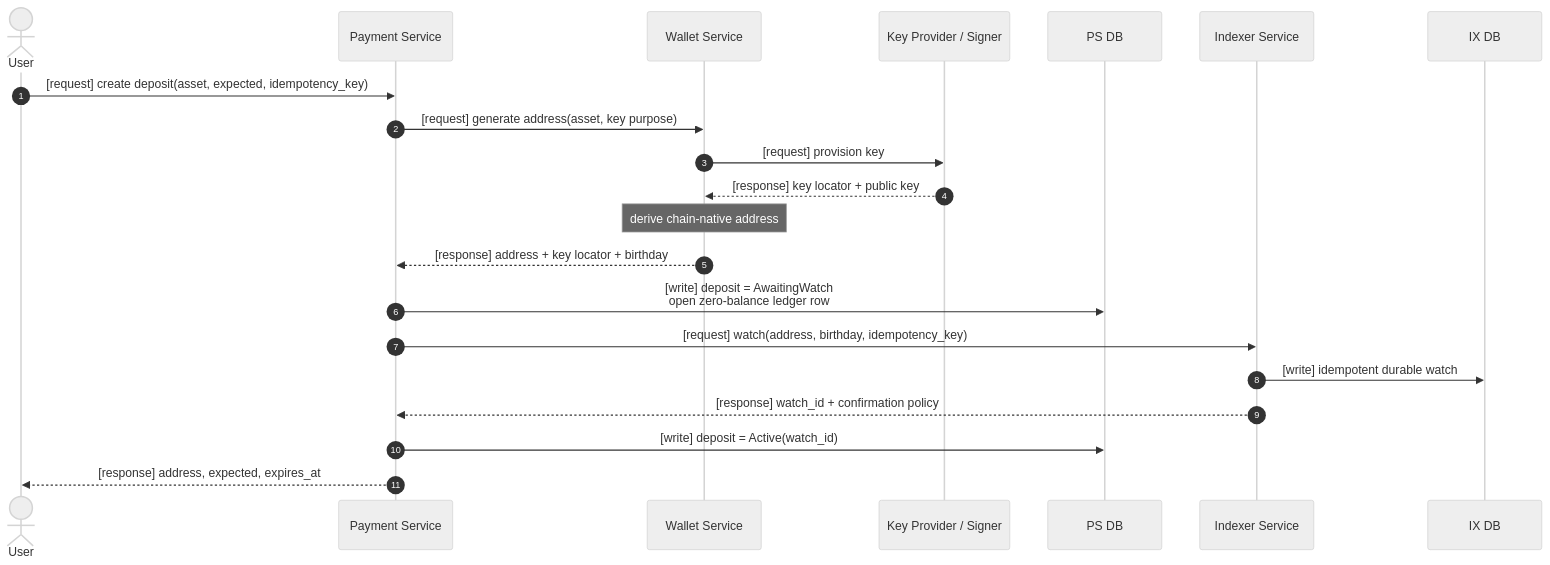
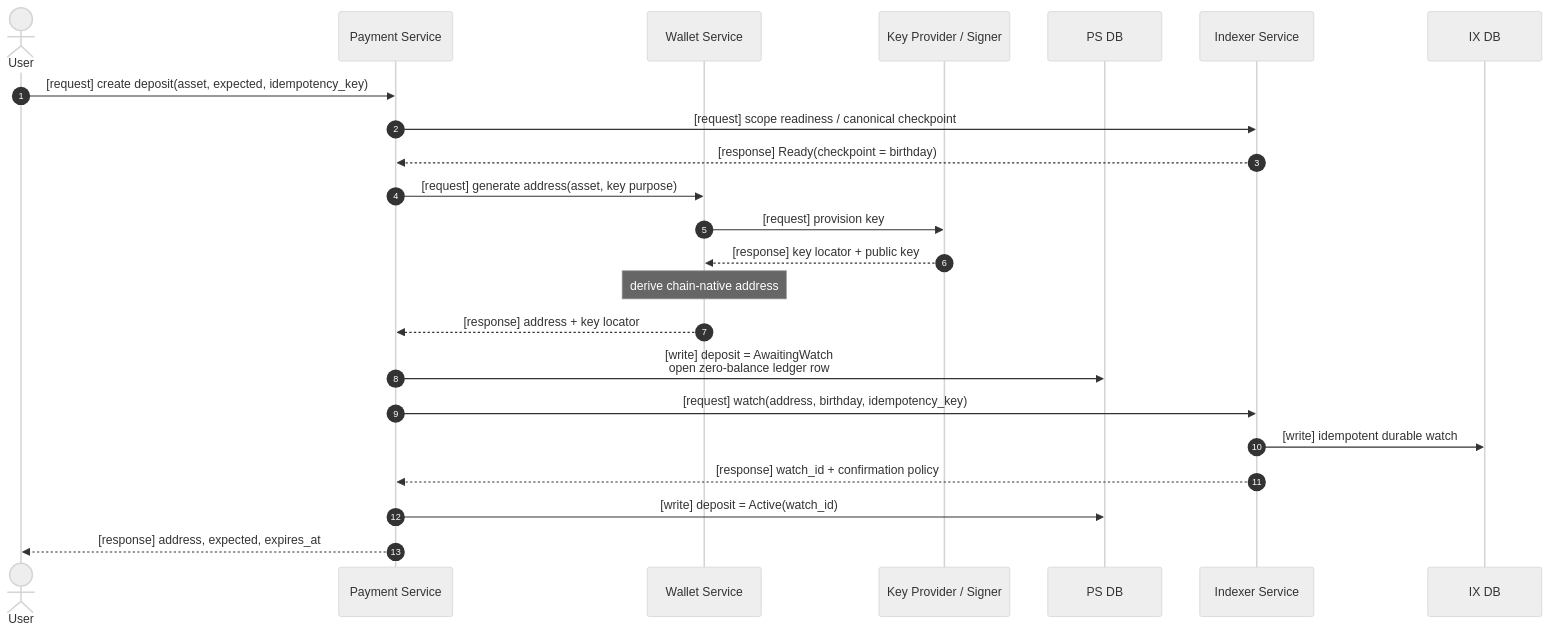
One commit to achiko/Payment-SDK changed the fourth of 17 diagrams in docs/SYSTEM_REQUIREMENTS.md. Above: the diagram before and after it, drawn with Mermaid (neutral theme). The commit also changed other lines of this file and 83 other files, not shown here.

````diff
--- a/docs/SYSTEM_REQUIREMENTS.md
+++ b/docs/SYSTEM_REQUIREMENTS.md
@@ -283,25 +289,27 @@
 ```mermaid
 sequenceDiagram
     autonumber
     actor User
     participant PS as Payment Service
     participant WS as Wallet Service
     participant KP as Key Provider / Signer
     participant PSDB as PS DB
     participant IX as Indexer Service
     participant IXDB as IX DB
 
     User->>PS: [request] create deposit(asset, expected, idempotency_key)
+    PS->>IX: [request] scope readiness / canonical checkpoint
+    IX-->>PS: [response] Ready(checkpoint = birthday)
     PS->>WS: [request] generate address(asset, key purpose)
     WS->>KP: [request] provision key
     KP-->>WS: [response] key locator + public key
     Note over WS: derive chain-native address
-    WS-->>PS: [response] address + key locator + birthday
+    WS-->>PS: [response] address + key locator
 
     PS->>PSDB: [write] deposit = AwaitingWatch<br/>open zero-balance ledger row
     PS->>IX: [request] watch(address, birthday, idempotency_key)
     IX->>IXDB: [write] idempotent durable watch
     IX-->>PS: [response] watch_id + confirmation policy
     PS->>PSDB: [write] deposit = Active(watch_id)
     PS-->>User: [response] address, expected, expires_at
 ```
````
